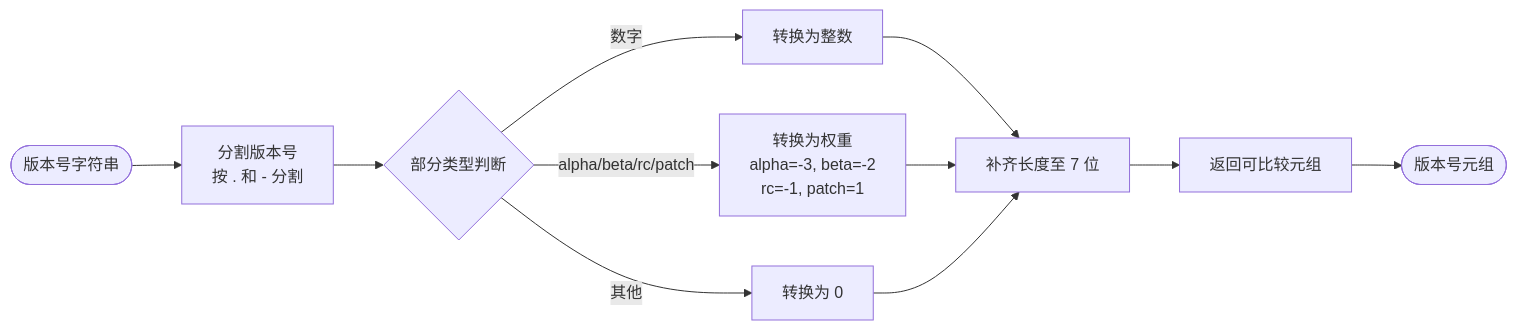
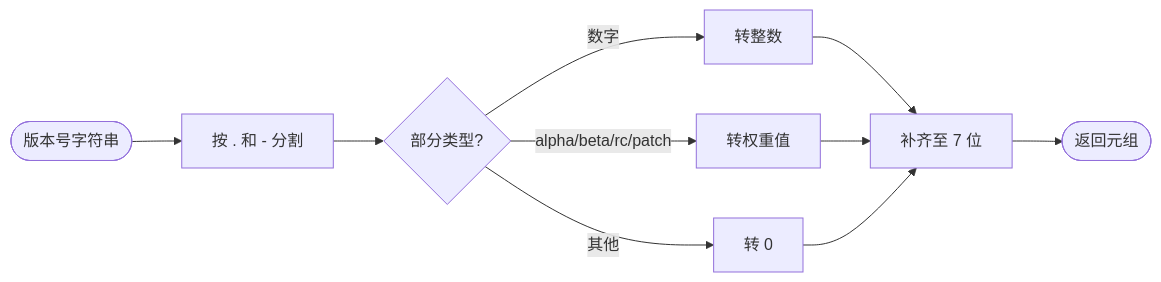
Diagram 19 of 22 in 系统架构文档.md (weihang1258/dpiAutoExcel), drawn with Mermaid before and after one commit. The commit also changed other lines of this file and 1 other file, not shown here.

First line of the commit message:
docs: 优化流程图显示效果，统一字体大小

````diff
--- a/系统架构文档.md
+++ b/系统架构文档.md
@@ -595,16 +595,15 @@
 ```mermaid
 graph LR
-    Start([版本号字符串]) --> A[分割版本号<br/>按 . 和 - 分割]
-    A --> B{部分类型判断}
+    Start([版本号字符串]) --> A[按 . 和 - 分割]
+    A --> B{部分类型?}
     
-    B -->|数字| C[转换为整数]
-    B -->|alpha/beta/rc/patch| D[转换为权重<br/>alpha=-3, beta=-2<br/>rc=-1, patch=1]
-    B -->|其他| E[转换为 0]
+    B -->|数字| C[转整数]
+    B -->|alpha/beta/rc/patch| D[转权重值]
+    B -->|其他| E[转 0]
     
-    C --> F[补齐长度至 7 位]
+    C --> F[补齐至 7 位]
     D --> F
     E --> F
     
-    F --> G[返回可比较元组]
-    G --> End([版本号元组])
+    F --> End([返回元组])
 ```
````
